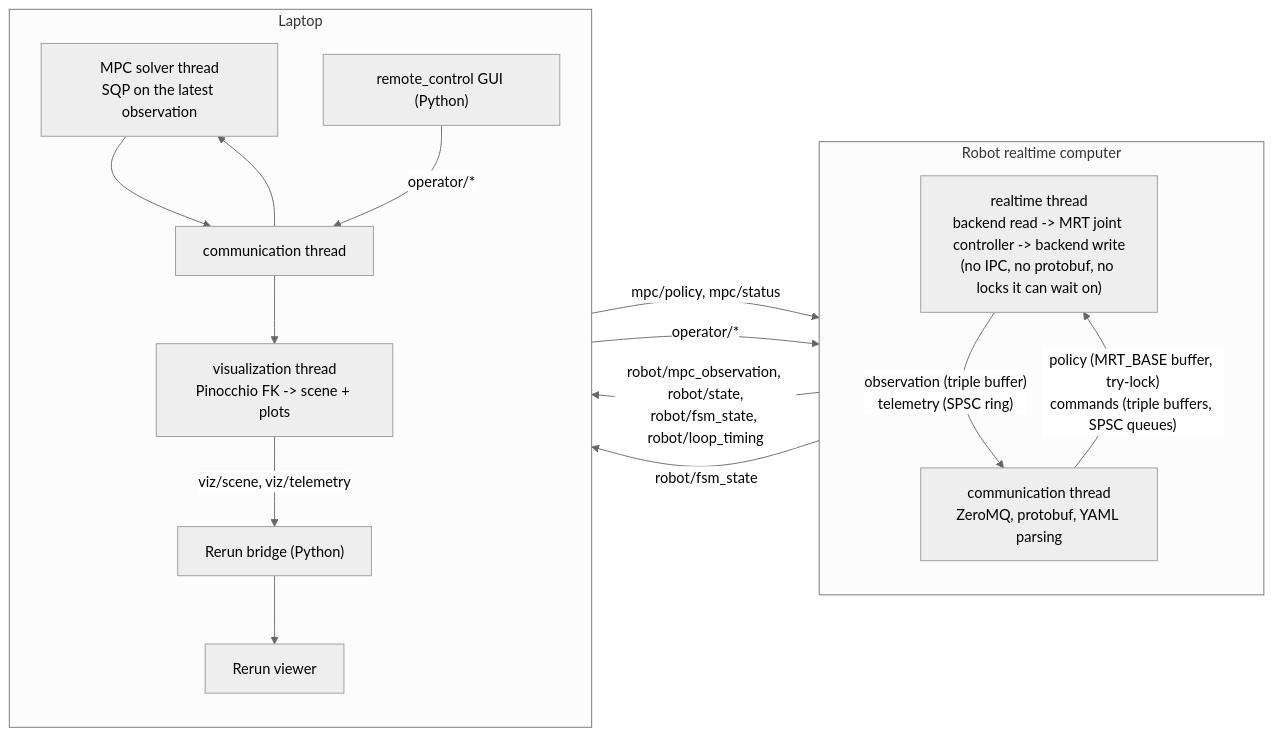
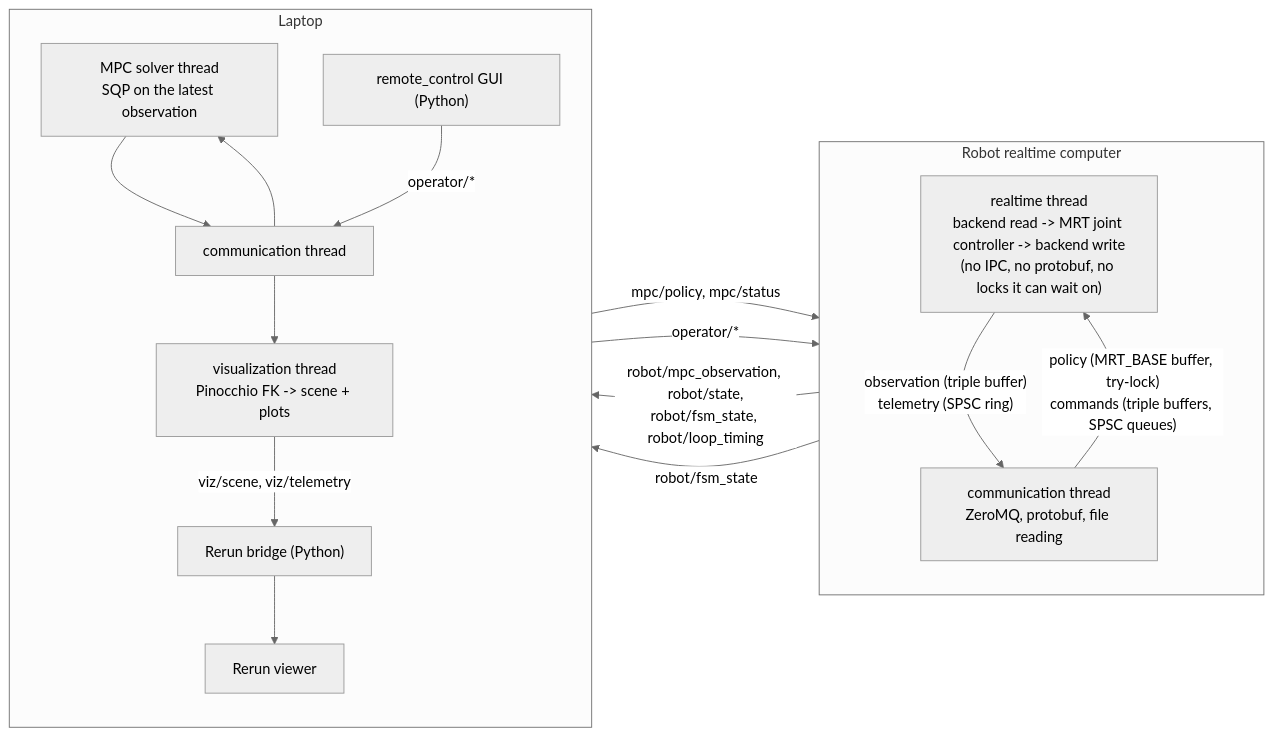
One commit to nicholaspalomo/wb_humanoid_mpc changed the diagram in humanoid_nmpc/docs/distributed_runtime/README.md. Above: the diagram before and after it, drawn with Mermaid (neutral theme). The commit also changed other lines of this file and 1798 other files, not shown here.

````diff
--- a/humanoid_nmpc/docs/distributed_runtime/README.md
+++ b/humanoid_nmpc/docs/distributed_runtime/README.md
@@ -18,29 +18,29 @@
 ```mermaid
 flowchart LR
   subgraph Robot["Robot realtime computer"]
     direction TB
     RT["realtime thread<br/>backend read -> MRT joint controller -> backend write<br/>(no IPC, no protobuf, no locks it can wait on)"]
-    COMM_R["communication thread<br/>ZeroMQ, protobuf, YAML parsing"]
+    COMM_R["communication thread<br/>ZeroMQ, protobuf, file reading"]
     RT -- "observation (triple buffer)<br/>telemetry (SPSC ring)" --> COMM_R
     COMM_R -- "policy (MRT_BASE buffer, try-lock)<br/>commands (triple buffers, SPSC queues)" --> RT
   end
   subgraph Laptop["Laptop"]
     direction TB
     SOLVER["MPC solver thread<br/>SQP on the latest observation"]
     COMM_M["communication thread"]
     VIZ["visualization thread<br/>Pinocchio FK -> scene + plots"]
     GUI["remote_control GUI (Python)"]
     BRIDGE["Rerun bridge (Python)"]
     VIEWER["Rerun viewer"]
     COMM_M --> SOLVER
     SOLVER --> COMM_M
     COMM_M --> VIZ
     BRIDGE --> VIEWER
   end
   COMM_R -- "robot/mpc_observation, robot/state,<br/>robot/fsm_state, robot/loop_timing" --> COMM_M
   COMM_M -- "mpc/policy, mpc/status" --> COMM_R
   GUI -- "operator/*" --> COMM_R
   GUI -- "operator/*" --> COMM_M
   COMM_R -- "robot/fsm_state" --> GUI
   VIZ -- "viz/scene, viz/telemetry" --> BRIDGE
 ```
````
